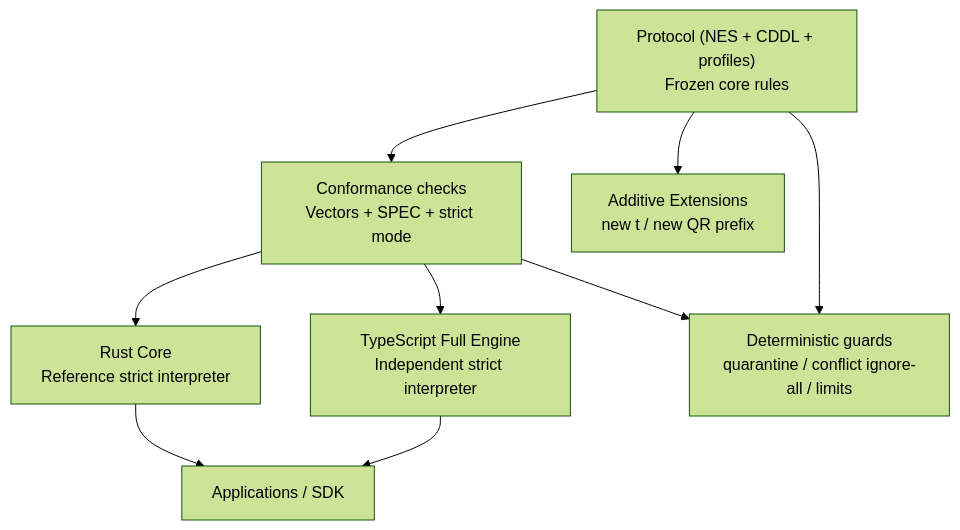
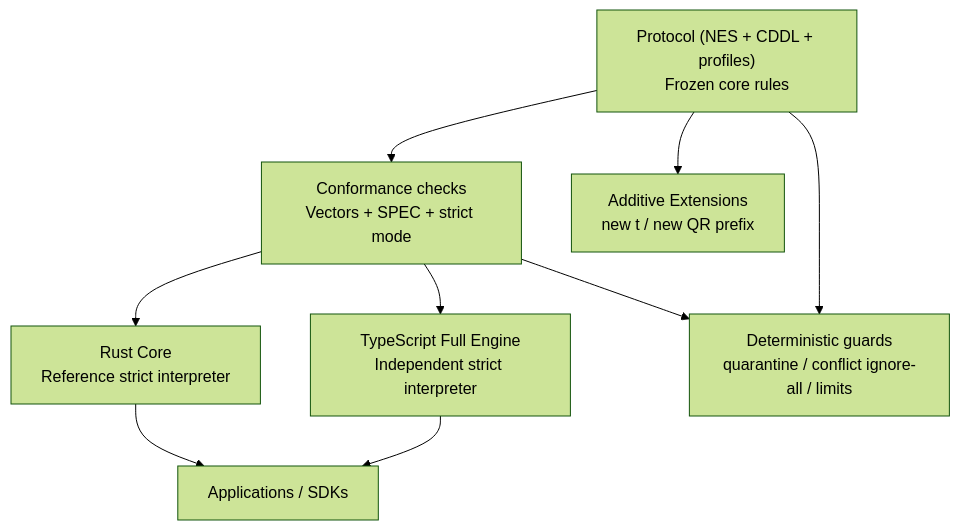
One commit to IvGolovach/grain-protocol changed the diagram in docs/human/architecture.md. Above: the diagram before and after it, drawn with Mermaid (forest theme). The commit also changed other lines of this file and 49 other files, not shown here.

````diff
--- a/docs/human/architecture.md
+++ b/docs/human/architecture.md
@@ -5,20 +5,20 @@
 ```mermaid
 flowchart TB
     P["Protocol (NES + CDDL + profiles)\nFrozen core rules"]
     C["Conformance checks\nVectors + SPEC + strict mode"]
     R["Rust Core\nReference strict interpreter"]
     T["TypeScript Full Engine\nIndependent strict interpreter"]
-    A["Applications / SDK"]
+    A["Applications / SDKs"]
     E["Additive Extensions\nnew t / new QR prefix"]
 
     P --> C
     C --> R
     C --> T
     R --> A
     T --> A
     P --> E
 
     Q["Deterministic guards\nquarantine / conflict ignore-all / limits"]
     P --> Q
     C --> Q
 ```
````
